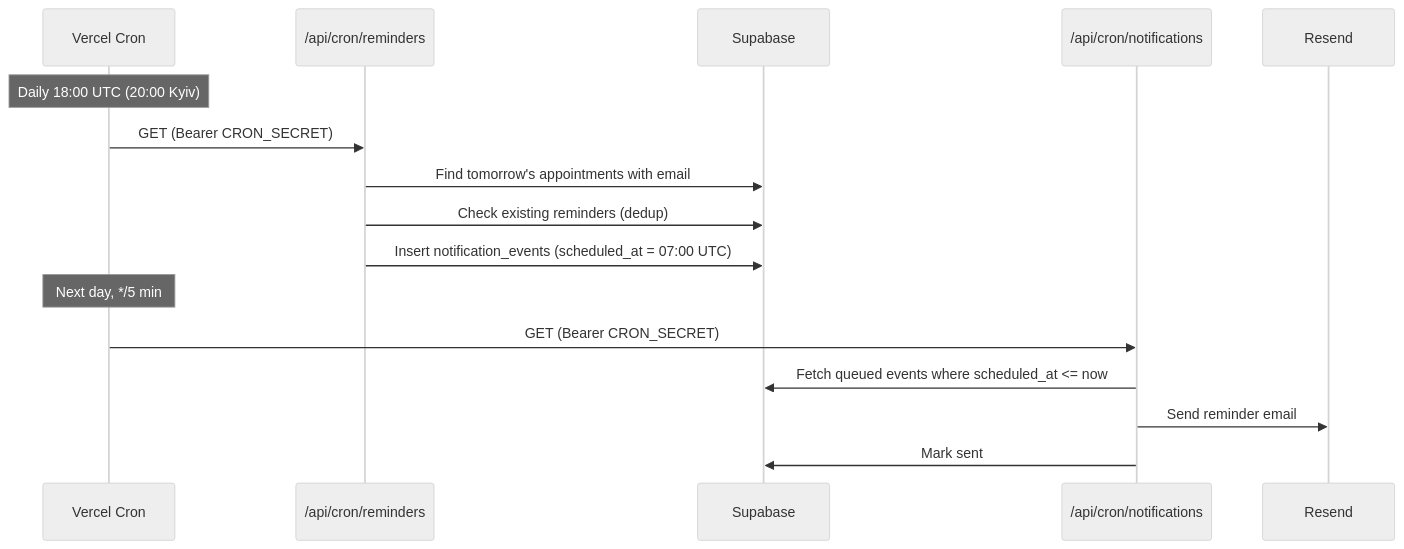
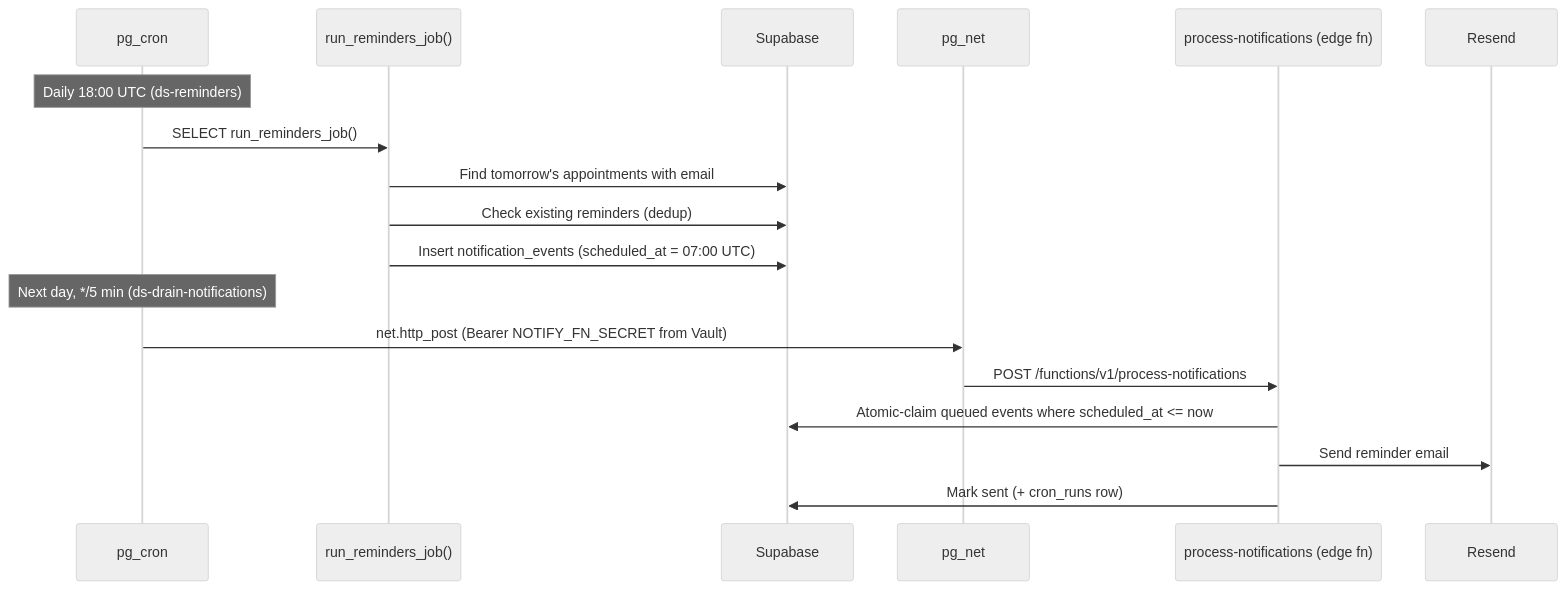
One commit to YuriiPidvirnyi/DS-WebApp changed the fourth of 4 diagrams in docs/MASTER_VERIFICATION_PROMPT.md. Above: the diagram before and after it, drawn with Mermaid (neutral theme). The commit also changed other lines of this file and 24 other files, not shown here.

First line of the commit message:
feat(cron): migrate scheduled jobs from Vercel Cron to Supabase pg_cron

````diff
--- a/docs/MASTER_VERIFICATION_PROMPT.md
+++ b/docs/MASTER_VERIFICATION_PROMPT.md
@@ -253,18 +256,20 @@
 ```mermaid
 sequenceDiagram
-  participant Vercel as Vercel Cron
-  participant Reminders as /api/cron/reminders
+  participant Cron as pg_cron
+  participant Reminders as run_reminders_job()
   participant DB as Supabase
-  participant Notifications as /api/cron/notifications
+  participant Net as pg_net
+  participant Fn as process-notifications (edge fn)
   participant Resend
-  Note over Vercel: Daily 18:00 UTC (20:00 Kyiv)
-  Vercel->>Reminders: GET (Bearer CRON_SECRET)
+  Note over Cron: Daily 18:00 UTC (ds-reminders)
+  Cron->>Reminders: SELECT run_reminders_job()
   Reminders->>DB: Find tomorrow's appointments with email
   Reminders->>DB: Check existing reminders (dedup)
   Reminders->>DB: Insert notification_events (scheduled_at = 07:00 UTC)
-  Note over Vercel: Next day, */5 min
-  Vercel->>Notifications: GET (Bearer CRON_SECRET)
-  Notifications->>DB: Fetch queued events where scheduled_at <= now
-  Notifications->>Resend: Send reminder email
-  Notifications->>DB: Mark sent
+  Note over Cron: Next day, */5 min (ds-drain-notifications)
+  Cron->>Net: net.http_post (Bearer NOTIFY_FN_SECRET from Vault)
+  Net->>Fn: POST /functions/v1/process-notifications
+  Fn->>DB: Atomic-claim queued events where scheduled_at <= now
+  Fn->>Resend: Send reminder email
+  Fn->>DB: Mark sent (+ cron_runs row)
 ```
````
